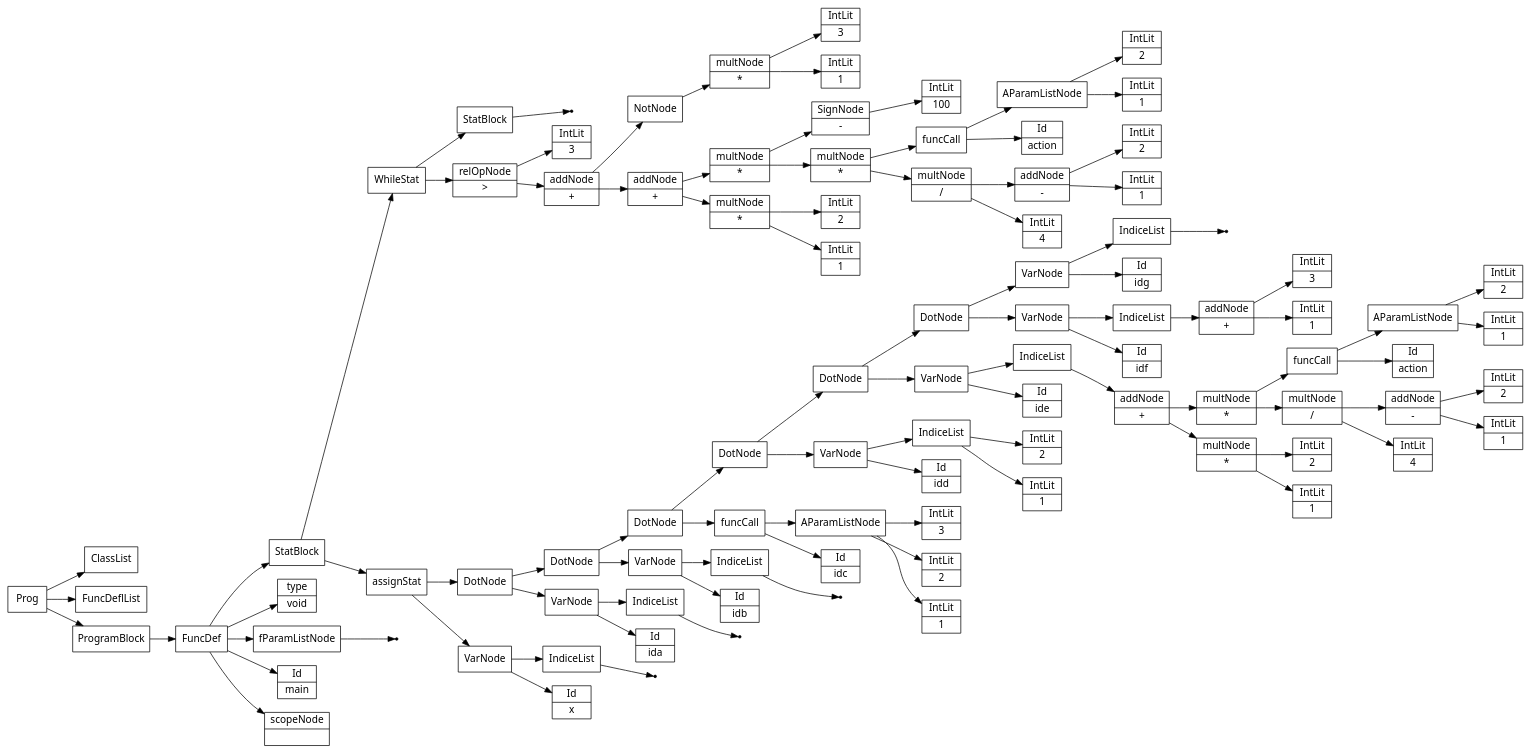
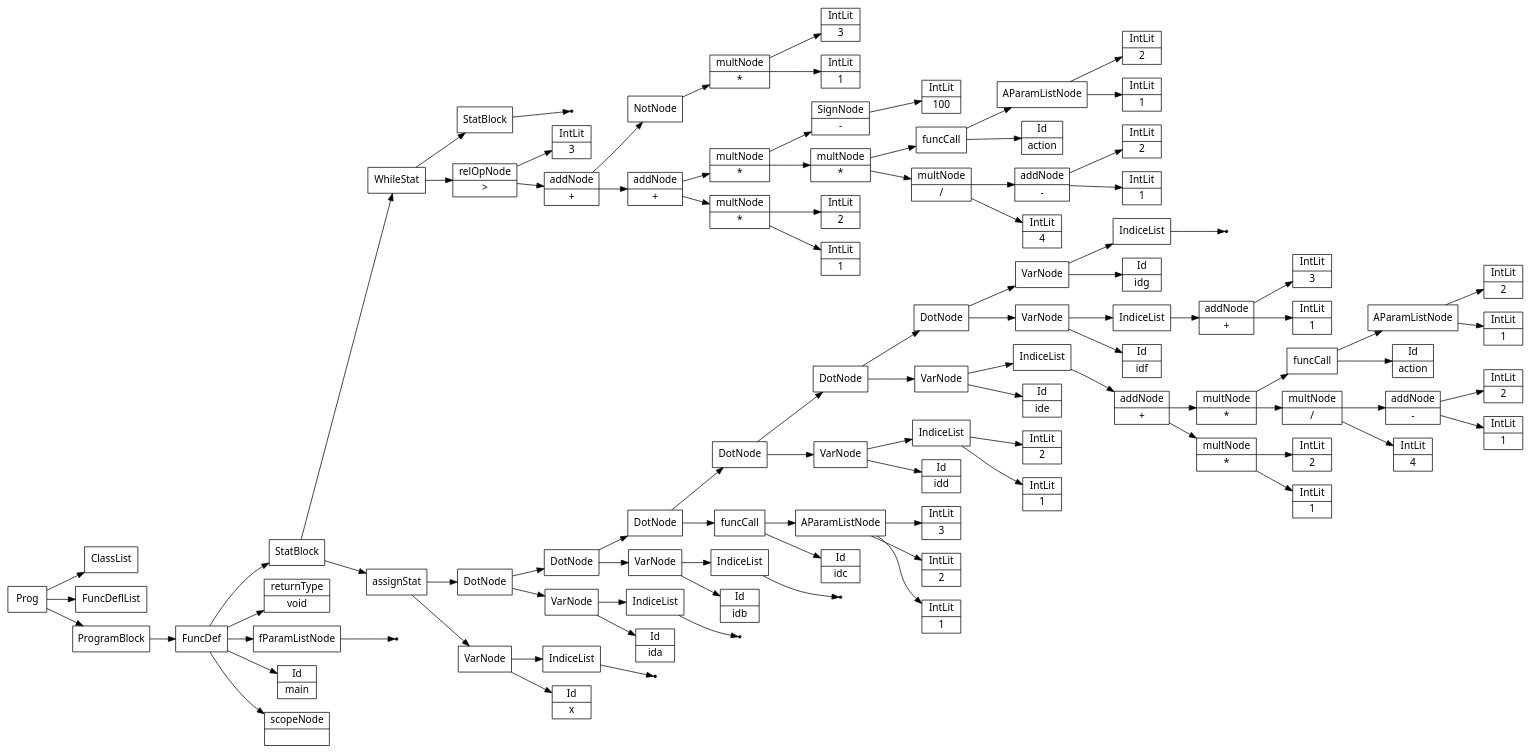
Before and after one commit to Saf1u/Kompiler: the diagram in files/expressionsTest.src.ast.dot, drawn with Graphviz. The commit also changed 4 other files, not shown here.

Commit message:
make explicit return type node

```diff
--- a/files/expressionsTest.src.ast.dot
+++ b/files/expressionsTest.src.ast.dot
@@ -1,197 +1,197 @@
 digraph AST {
 node [shape=record];
  node [fontname=Sans];charset="UTF-8" splines=true splines=spline rankdir =LR ordering="out"
 1[label="scopeNode| "];
 none3[shape="point"];
 4[label="fParamListNode"];
 4->none3;
-5[label="type|void"];
+5[label="returnType|void"];
 7[label="Id|x"];
 none9[shape="point"];
 10[label="IndiceList"];
 10->none9;
 11[label="VarNode"];
 11->10;
 11->7;
 12[label="Id|ida"];
 none14[shape="point"];
 15[label="IndiceList"];
 15->none14;
 16[label="VarNode"];
 16->15;
 16->12;
 17[label="Id|idb"];
 none19[shape="point"];
 20[label="IndiceList"];
 20->none19;
 21[label="VarNode"];
 21->20;
 21->17;
 22[label="Id|idc"];
 24[label="IntLit|1"];
 25[label="IntLit|2"];
 26[label="IntLit|3"];
 27[label="AParamListNode"];
 27->26;
 27->25;
 27->24;
 28[label="funcCall"];
 28->27;
 28->22;
 29[label="Id|idd"];
 31[label="IntLit|1"];
 32[label="IntLit|2"];
 33[label="IndiceList"];
 33->32;
 33->31;
 34[label="VarNode"];
 34->33;
 34->29;
 35[label="Id|ide"];
 37[label="IntLit|1"];
 38[label="multNode|*"];
 39[label="IntLit|2"];
 38->39;
 38->37;
 40[label="addNode|+"];
 41[label="IntLit|4"];
 42[label="multNode|/"];
 43[label="IntLit|1"];
 44[label="addNode|-"];
 45[label="IntLit|2"];
 44->45;
 44->43;
 42->44;
 42->41;
 46[label="multNode|*"];
 47[label="Id|action"];
 49[label="IntLit|1"];
 50[label="IntLit|2"];
 51[label="AParamListNode"];
 51->50;
 51->49;
 52[label="funcCall"];
 52->51;
 52->47;
 46->52;
 46->42;
 40->46;
 40->38;
 53[label="IndiceList"];
 53->40;
 54[label="VarNode"];
 54->53;
 54->35;
 55[label="Id|idf"];
 57[label="IntLit|1"];
 58[label="addNode|+"];
 59[label="IntLit|3"];
 58->59;
 58->57;
 60[label="IndiceList"];
 60->58;
 61[label="VarNode"];
 61->60;
 61->55;
 62[label="Id|idg"];
 none64[shape="point"];
 65[label="IndiceList"];
 65->none64;
 66[label="VarNode"];
 66->65;
 66->62;
 67[label="DotNode"];
 67->66;
 67->61;
 68[label="DotNode"];
 68->67;
 68->54;
 69[label="DotNode"];
 69->68;
 69->34;
 70[label="DotNode"];
 70->69;
 70->28;
 71[label="DotNode"];
 71->70;
 71->21;
 72[label="DotNode"];
 72->71;
 72->16;
 73[label="assignStat"];
 73->72;
 73->11;
 74[label="IntLit|1"];
 75[label="multNode|*"];
 76[label="IntLit|2"];
 75->76;
 75->74;
 77[label="addNode|+"];
 78[label="IntLit|4"];
 79[label="multNode|/"];
 80[label="IntLit|1"];
 81[label="addNode|-"];
 82[label="IntLit|2"];
 81->82;
 81->80;
 79->81;
 79->78;
 83[label="multNode|*"];
 84[label="Id|action"];
 86[label="IntLit|1"];
 87[label="IntLit|2"];
 88[label="AParamListNode"];
 88->87;
 88->86;
 89[label="funcCall"];
 89->88;
 89->84;
 83->89;
 83->79;
 90[label="multNode|*"];
 91[label="SignNode|-"];
 92[label="IntLit|100"];
 91->92;
 90->91;
 90->83;
 77->90;
 77->75;
 93[label="addNode|+"];
 94[label="IntLit|1"];
 95[label="multNode|*"];
 96[label="IntLit|3"];
 95->96;
 95->94;
 97[label="NotNode"];
 97->95;
 93->97;
 93->77;
 98[label="relOpNode|\>"];
 99[label="IntLit|3"];
 98->99;
 98->93;
 none101[shape="point"];
 102[label="StatBlock"];
 102->none101;
 103[label="WhileStat"];
 103->102;
 103->98;
 104[label="StatBlock"];
 104->103;
 104->73;
 105[label="FuncDef"];
 0[label="Id|main"];
 105->104;
 105->5;
 105->4;
 105->0;
 105->1;
 106[label="ClassList"];
 107[label="FuncDeflList"];
 108[label="Prog"];
 109[label="ProgramBlock"];
 109->105;
 108->106;
 108->107;
 108->109;
 }
```
